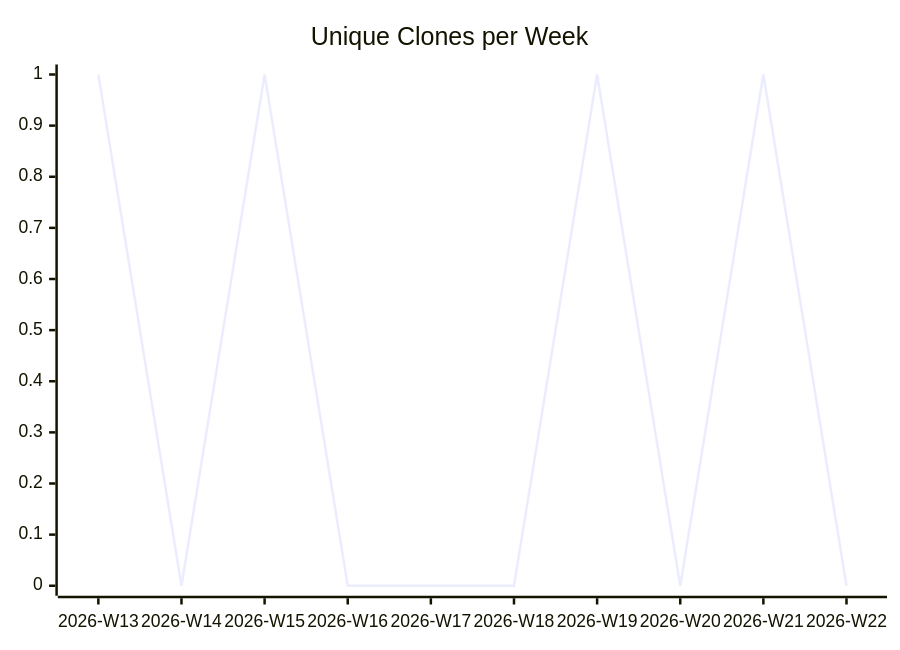
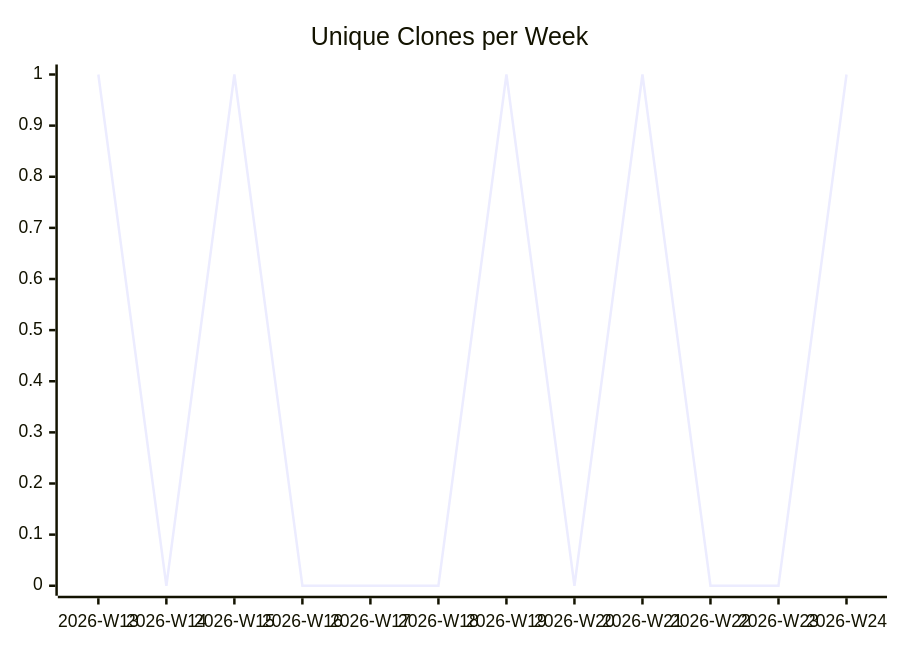
One commit to justdavis-family/github-analytics-data changed the third of 3 diagrams in karlmdavis/ansible-role-acmetool/README.md. Above: the diagram before and after it, drawn with Mermaid. The commit also changed other lines of this file and 189 other files, not shown here.

````diff
--- a/karlmdavis/ansible-role-acmetool/README.md
+++ b/karlmdavis/ansible-role-acmetool/README.md
@@ -19,6 +19,6 @@
 ```mermaid
 xychart-beta
   title "Unique Clones per Week"
-  x-axis ["2026-W13", "2026-W14", "2026-W15", "2026-W16", "2026-W17", "2026-W18", "2026-W19", "2026-W20", "2026-W21", "2026-W22"]
-  line [1, 0, 1, 0, 0, 0, 1, 0, 1, 0]
+  x-axis ["2026-W13", "2026-W14", "2026-W15", "2026-W16", "2026-W17", "2026-W18", "2026-W19", "2026-W20", "2026-W21", "2026-W22", "2026-W23", "2026-W24"]
+  line [1, 0, 1, 0, 0, 0, 1, 0, 1, 0, 0, 1]
 ```
````
